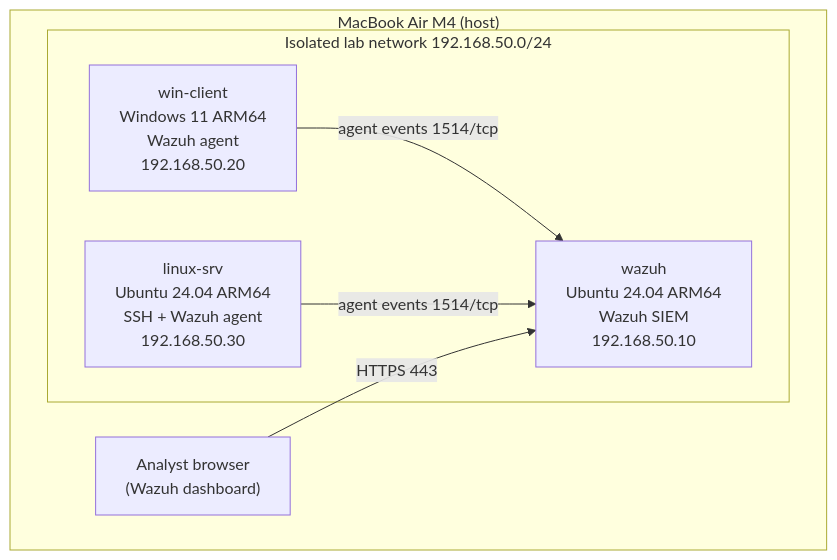
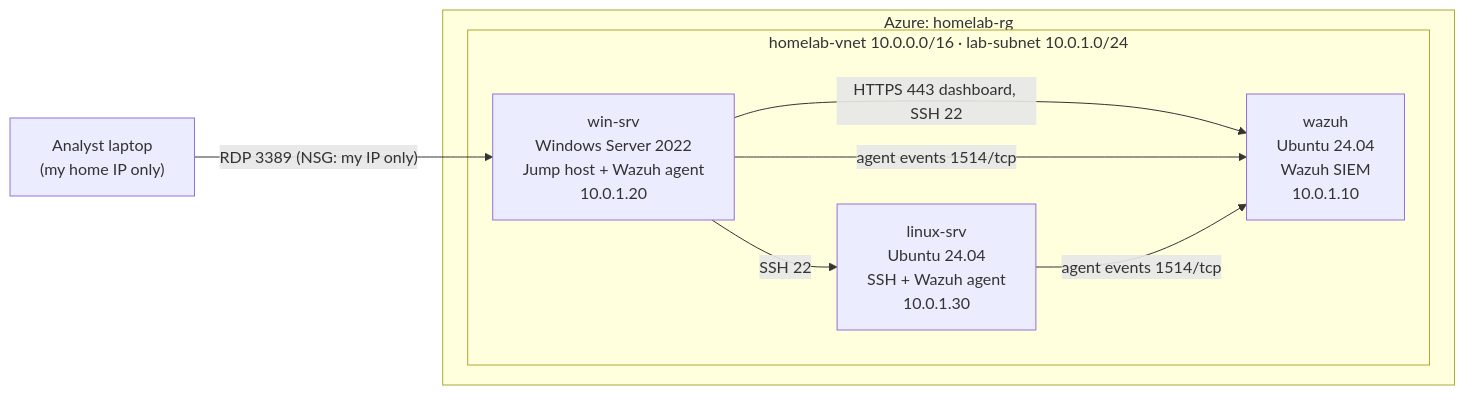
Before and after one commit to DrvKrv/security-homelab: the diagram in README.md, drawn with Mermaid. The commit also changed other lines of this file and 6 other files, not shown here.

Commit message:
Switch lab layout to Azure: VNet, Windows Server jump host, NSGs

````diff
--- a/README.md
+++ b/README.md
@@ -32,15 +33,16 @@
 ```mermaid
 flowchart LR
-    subgraph HOST["MacBook Air M4 (host)"]
-        direction LR
-        subgraph LAB["Isolated lab network 192.168.50.0/24"]
-            WAZUH["wazuh<br/>Ubuntu 24.04 ARM64<br/>Wazuh SIEM<br/>192.168.50.10"]
-            WIN["win-client<br/>Windows 11 ARM64<br/>Wazuh agent<br/>192.168.50.20"]
-            LNX["linux-srv<br/>Ubuntu 24.04 ARM64<br/>SSH + Wazuh agent<br/>192.168.50.30"]
+    ME["Analyst laptop<br/>(my home IP only)"]
+    subgraph AZ["Azure: homelab-rg"]
+        subgraph VNET["homelab-vnet 10.0.0.0/16 · lab-subnet 10.0.1.0/24"]
+            WIN["win-srv<br/>Windows Server 2022<br/>Jump host + Wazuh agent<br/>10.0.1.20"]
+            WAZUH["wazuh<br/>Ubuntu 24.04<br/>Wazuh SIEM<br/>10.0.1.10"]
+            LNX["linux-srv<br/>Ubuntu 24.04<br/>SSH + Wazuh agent<br/>10.0.1.30"]
         end
-        ANALYST["Analyst browser<br/>(Wazuh dashboard)"]
     end
+    ME -- "RDP 3389 (NSG: my IP only)" --> WIN
+    WIN -- "HTTPS 443 dashboard, SSH 22" --> WAZUH
+    WIN -- "SSH 22" --> LNX
     WIN -- "agent events 1514/tcp" --> WAZUH
     LNX -- "agent events 1514/tcp" --> WAZUH
-    ANALYST -- "HTTPS 443" --> WAZUH
 ```
````
